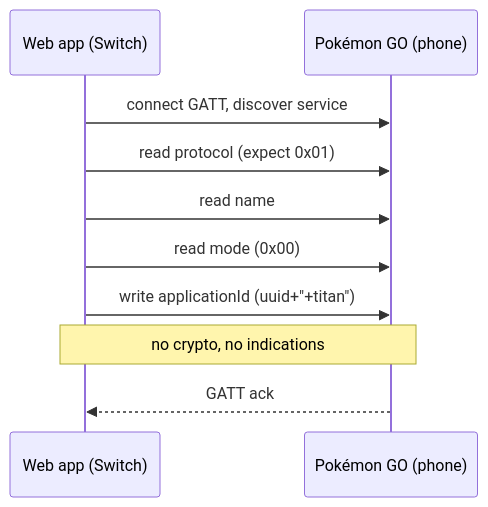
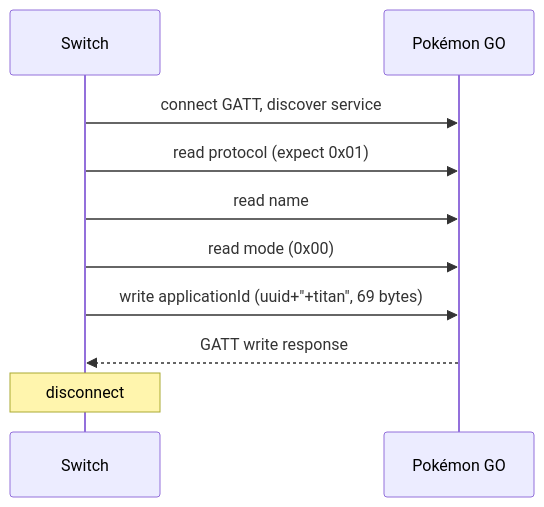
The first of 2 diagrams in PROTOCOL.md (na-ji/pokemon-go-coin-bag), drawn with Mermaid before and after one commit. The commit also changed other lines of this file, not shown here.

````diff
--- a/PROTOCOL.md
+++ b/PROTOCOL.md
@@ -30,12 +30,12 @@
 ```mermaid
 sequenceDiagram
-    participant W as Web app (Switch)
-    participant P as Pokémon GO (phone)
+    participant W as Switch
+    participant P as Pokémon GO
     W->>P: connect GATT, discover service
     W->>P: read protocol (expect 0x01)
     W->>P: read name
     W->>P: read mode (0x00)
-    W->>P: write applicationId (uuid+"+titan")
-    Note over W,P: no crypto, no indications
-    P-->>W: GATT ack
+    W->>P: write applicationId (uuid+"+titan", 69 bytes)
+    P-->>W: GATT write response
+    Note over W: disconnect
 ```
````
